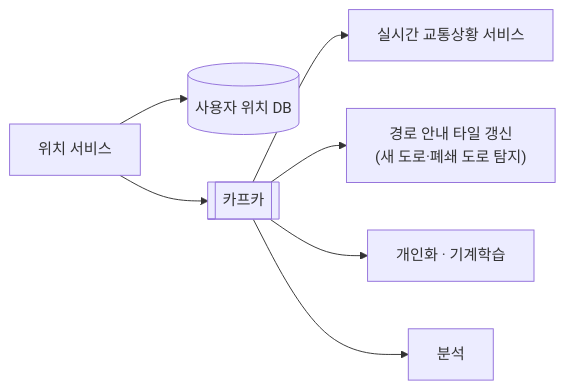
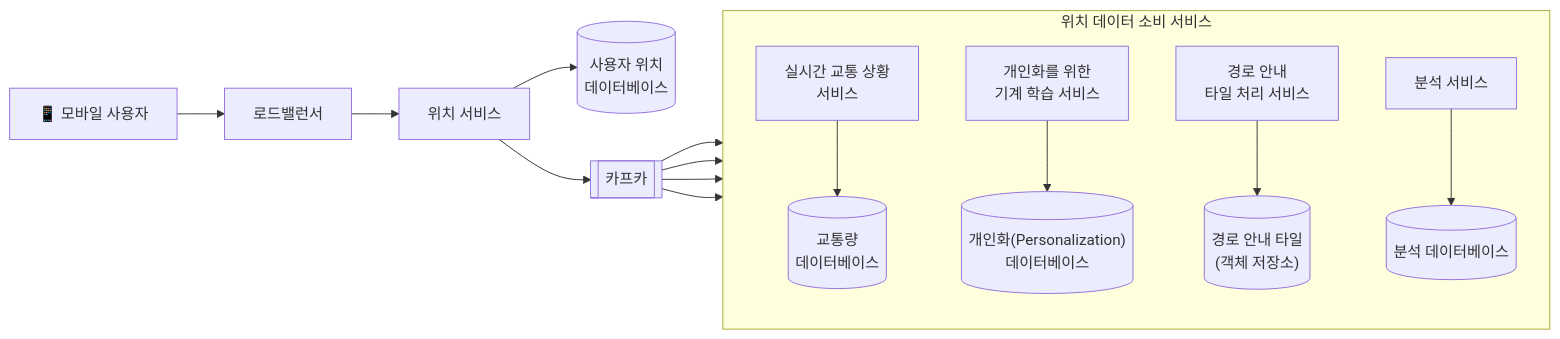
Before and after one commit to studycamp-org/sysdesign-2-notes-parkdongjo: the fifth of 6 diagrams in ch03/정리.md, drawn with Mermaid. The commit also changed other lines of this file, not shown here.

````diff
--- a/ch03/정리.md
+++ b/ch03/정리.md
@@ -216,9 +347,20 @@
 ```mermaid
 flowchart LR
-    Loc["위치 서비스"] --> DB[("사용자 위치 DB")]
+    User["📱 모바일 사용자"] --> LB["로드밸런서"]
+    LB --> Loc["위치 서비스"]
+    Loc --> LocDB[("사용자 위치<br/>데이터베이스")]
     Loc --> Kafka[["카프카"]]
-    Kafka --> Traffic["실시간 교통상황 서비스"]
-    Kafka --> TileUpdate["경로 안내 타일 갱신<br/>(새 도로·폐쇄 도로 탐지)"]
-    Kafka --> Personal["개인화 · 기계학습"]
-    Kafka --> Analytics["분석"]
+
+    subgraph Consumers["위치 데이터 소비 서비스"]
+        direction TB
+        Traffic["실시간 교통 상황<br/>서비스"] --> TrafficDB[("교통량<br/>데이터베이스")]
+        ML["개인화를 위한<br/>기계 학습 서비스"] --> PersonalDB[("개인화(Personalization)<br/>데이터베이스")]
+        RouteTile["경로 안내<br/>타일 처리 서비스"] --> TileStore[("경로 안내 타일<br/>(객체 저장소)")]
+        Analytics["분석 서비스"] --> AnalyticsDB[("분석 데이터베이스")]
+    end
+
+    Kafka --> Traffic
+    Kafka --> ML
+    Kafka --> RouteTile
+    Kafka --> Analytics
 ```
````
